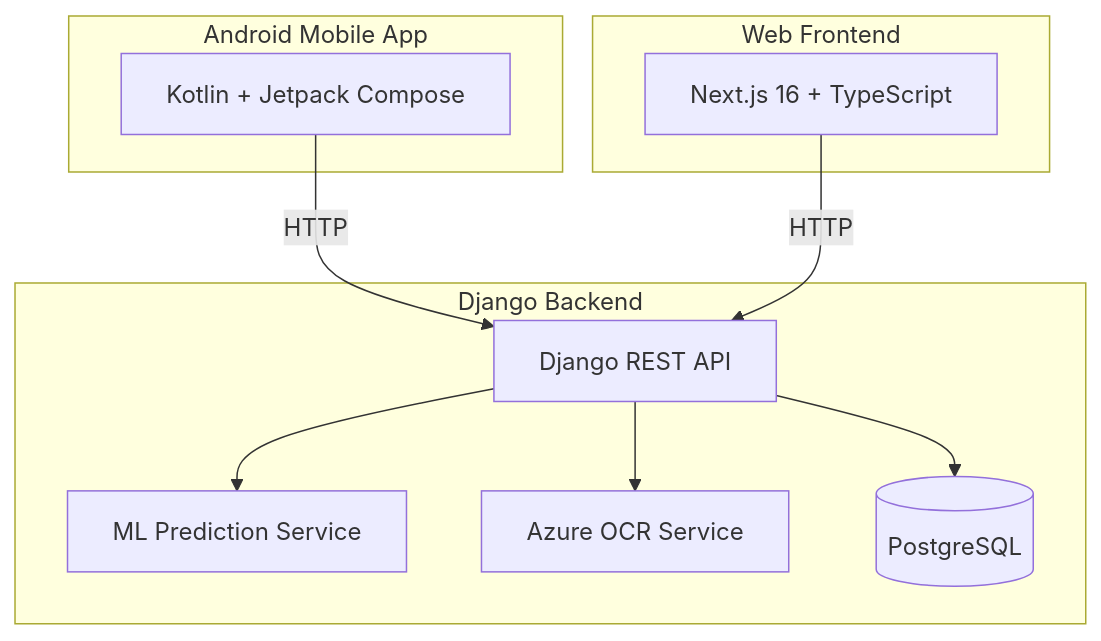
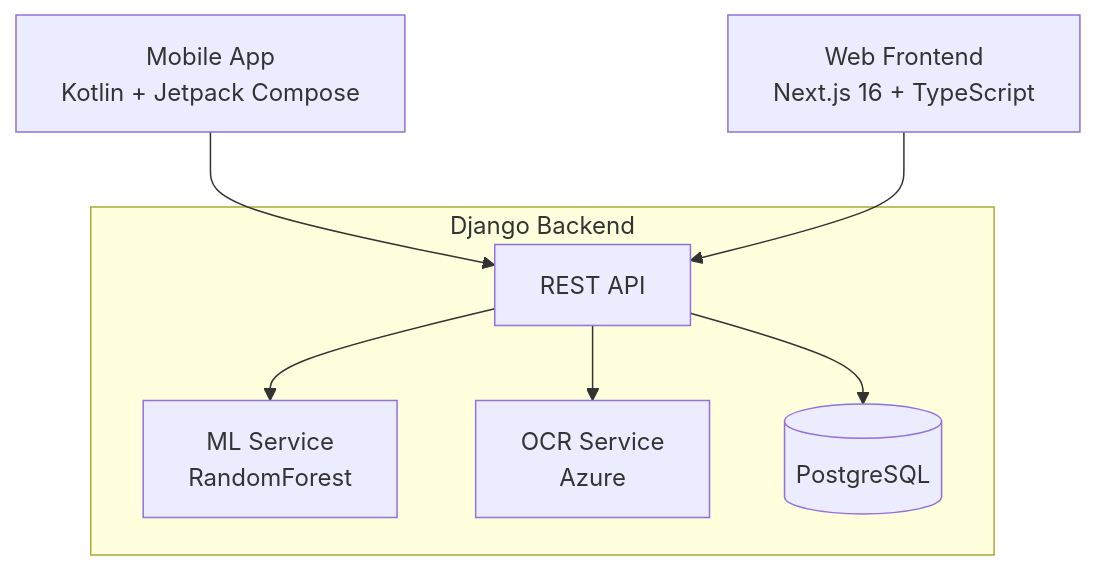
One commit to rathinadev/MedAssist changed the diagram in README.md. Above: the diagram before and after it, drawn with Mermaid. The commit also changed other lines of this file, not shown here.

Commit message:
docs: fix READMEs - use proper Mermaid graph syntax

````diff
--- a/README.md
+++ b/README.md
@@ -7,23 +7,18 @@
 ```mermaid
-flowchart TB
-    subgraph Mobile["Android Mobile App"]
-        Android["Kotlin + Jetpack Compose"]
+graph TD
+    Mobile["Mobile App<br/>Kotlin + Jetpack Compose"]
+    Web["Web Frontend<br/>Next.js 16 + TypeScript"]
+    
+    subgraph Backend["Django Backend"]
+        API[REST API]
+        ML[ML Service<br/>RandomForest]
+        OCR[OCR Service<br/>Azure]
+        DB[(PostgreSQL)]
     end
     
-    subgraph Web["Web Frontend"]
-        NextJS["Next.js 16 + TypeScript"]
-    end
-    
-    subgraph Backend["Django Backend"]
-        API["Django REST API"]
-        ML["ML Prediction Service"]
-        OCR["Azure OCR Service"]
-        DB[("PostgreSQL")]
-    end
-    
-    Android -->|HTTP| API
-    NextJS -->|HTTP| API
+    Mobile --> API
+    Web --> API
     API --> ML
     API --> OCR
     API --> DB
 ```
````
